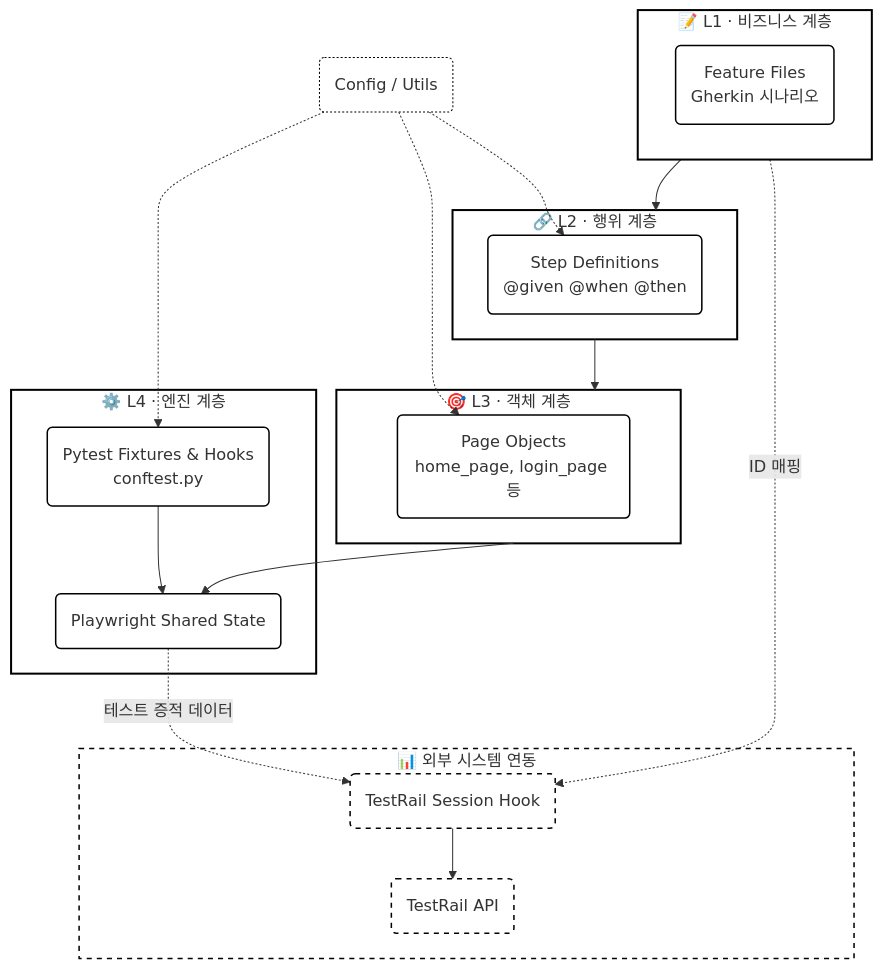
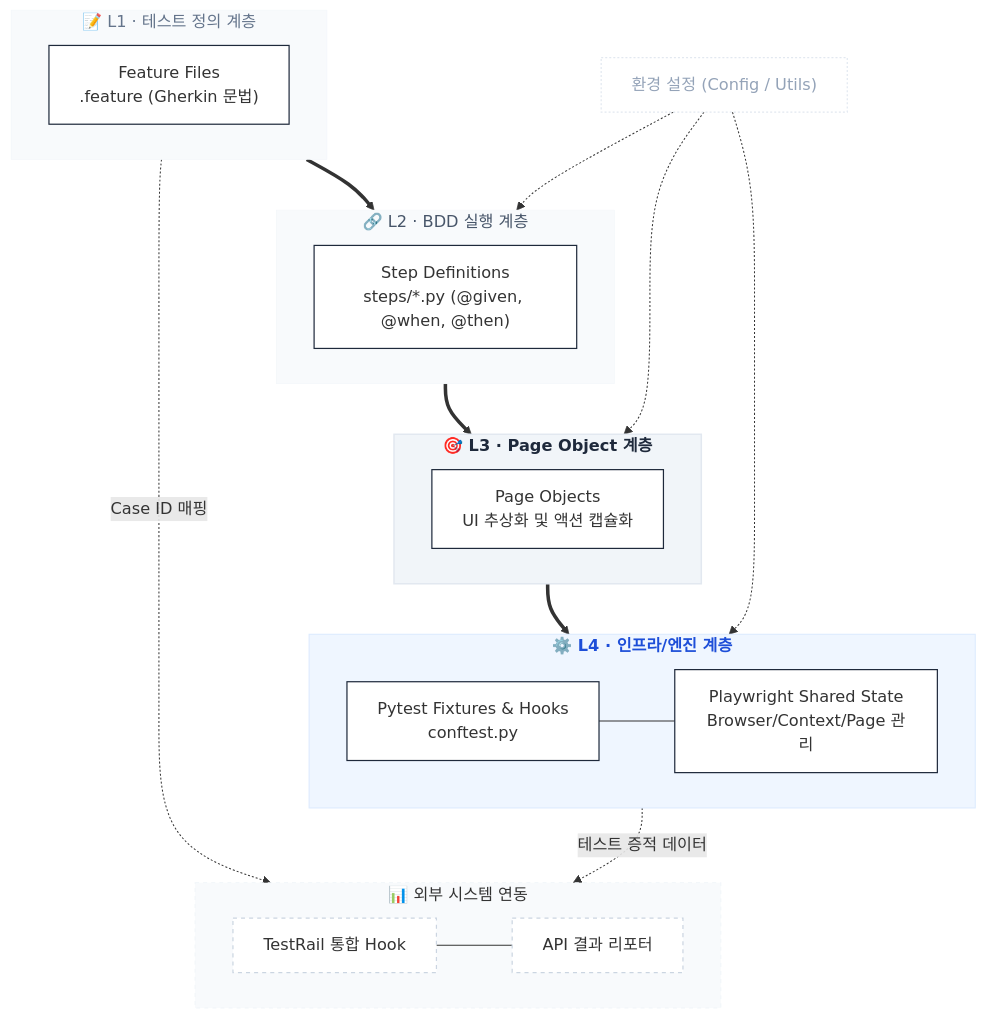
The fourth of 4 diagrams in flow_diagrams.md (mrt1847-test/practice_automation_dweb), drawn with Mermaid before and after one commit.

````diff
--- a/flow_diagrams.md
+++ b/flow_diagrams.md
@@ -195,55 +195,65 @@
 ```mermaid
+
 graph TB
-    %% ===== Style Definitions (심플한 무채색 설정) =====
-    classDef default fill:#ffffff,stroke:#000000,stroke-width:1.5px
-    classDef layer fill:#f8fafc,stroke:#000000,stroke-width:2px,font-weight:bold
-    classDef ext fill:#ffffff,stroke:#000000,stroke-width:1.5px,stroke-dasharray: 5 5
-    classDef cfg fill:#ffffff,stroke:#000000,stroke-width:1px,stroke-dasharray: 2 2
+    %% ===== Style Definitions =====
+    classDef default fill:#ffffff,stroke:#1e293b,stroke-width:1.2px
+    classDef l1 fill:#f8fafc,stroke:#94a3b8,stroke-width:0.5px,color:#64748b
+    classDef l2 fill:#f1f5f9,stroke:#64748b,stroke-width:0.5px,color:#475569
+    classDef l3 fill:#e2e8f0,stroke:#475569,stroke-width:1.5px,color:#1e293b,font-weight:bold
+    classDef l4 fill:#ffffff,stroke:#3b82f6,stroke-width:2.5px,color:#1d4ed8,font-weight:bold
+    classDef ext fill:#ffffff,stroke:#cbd5e1,stroke-dasharray: 4 4
+    classDef cfg fill:#ffffff,stroke:#e2e8f0,stroke-dasharray: 2 2,color:#94a3b8
 
     %% ===== Layers =====
-    subgraph L1["📝 L1 · 비즈니스 계층"]
-        F1(Feature Files<br/>Gherkin 시나리오)
+    subgraph L1["📝 L1 · 테스트 정의 계층"]
+        F1["Feature Files<br/>.feature (Gherkin 문법)"]
     end
 
-    subgraph L2["🔗 L2 · 행위 계층"]
-        S1(Step Definitions<br/>@given @when @then)
+    subgraph L2["🔗 L2 · BDD 실행 계층"]
+        S1["Step Definitions<br/>steps/*.py (@given, @when, @then)"]
     end
 
-    subgraph L3["🎯 L3 · 객체 계층"]
-        P1(Page Objects<br/>home_page, login_page 등)
+    subgraph L3["🎯 L3 · Page Object 계층"]
+        P1["Page Objects<br/>UI 추상화 및 액션 캡슐화"]
     end
 
-    subgraph L4["⚙️ L4 · 엔진 계층"]
-        E1(Pytest Fixtures & Hooks<br/>conftest.py)
-        E2(Playwright Shared State)
-        E1 --> E2
+    subgraph L4["⚙️ L4 · 인프라/엔진 계층"]
+        E1["Pytest Fixtures & Hooks<br/>conftest.py"]
+        E2["Playwright Shared State<br/>Browser/Context/Page 관리"]
+        E1 --- E2
     end
 
     subgraph EXT["📊 외부 시스템 연동"]
-        TR1(TestRail Session Hook)
-        TR2(TestRail API)
-        TR1 --> TR2
+        TR1["TestRail 통합 Hook"]
+        TR2["API 결과 리포터"]
+        TR1 --- TR2
     end
 
-    %% ===== Flow =====
-    L1 --> L2 --> L3 --> E2
-    L1 -.->|ID 매핑| TR1
-    E2 -.->|테스트 증적 데이터| TR1
+    %% ===== Flow (Electric Blue 강조) =====
+    L1 ==> L2 ==> L3 ==> L4
+    
+    L1 -.->|Case ID 매핑| EXT
+    L4 -.->|테스트 증적 데이터| EXT
 
     %% ===== Config =====
-    Config(Config / Utils)
-    Config -.-> S1
-    Config -.-> P1
-    Config -.-> E1
+    Config["환경 설정 (Config / Utils)"]
+    Config -.-> L2
+    Config -.-> L3
+    Config -.-> L4
 
-    %% ===== Apply Styles =====
-    style L1 fill:#ffffff,stroke:#000000,stroke-width:2px
-    style L2 fill:#ffffff,stroke:#000000,stroke-width:2px
-    style L3 fill:#ffffff,stroke:#000000,stroke-width:2px
-    style L4 fill:#ffffff,stroke:#000000,stroke-width:2px
-    style EXT fill:#ffffff,stroke:#000000,stroke-width:1.5px,stroke-dasharray: 5 5
-    
+    %% ===== Apply Area Styles =====
+    style L1 fill:#f8fafc,stroke:#f1f5f9
+    style L2 fill:#f8fafc,stroke:#f1f5f9
+    style L3 fill:#f1f5f9,stroke:#e2e8f0
+    style L4 fill:#eff6ff,stroke:#dbeafe,stroke-width:1px
+    style EXT fill:#f8fafc,stroke:#f1f5f9
+
+    %% ===== Apply Classes =====
     class F1,S1,P1,E1,E2 default
-    class TR1,TR2 ext
+    class L1 l1
+    class L2 l2
+    class L3 l3
+    class L4 l4
+    class EXT,TR1,TR2 ext
     class Config cfg
 ```
````
